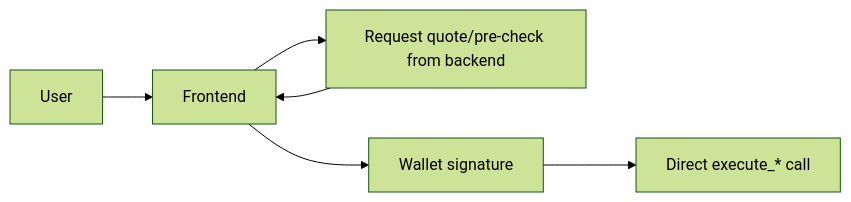
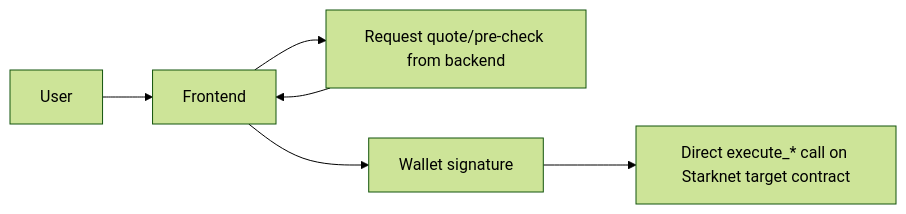
Before and after one commit to ntfound-dev/zkcarel_protocol: the second of 4 diagrams in frontend/README.md, drawn with Mermaid (forest theme). The commit also changed other lines of this file and 3 other files, not shown here.

Commit message:
docs: fix flow diagrams and WBTC staking naming

````diff
--- a/frontend/README.md
+++ b/frontend/README.md
@@ -66,8 +66,8 @@
 ```mermaid
 flowchart LR
   U[User] --> FE[Frontend]
   FE --> Q[Request quote/pre-check from backend]
   Q --> FE
   FE --> W[Wallet signature]
-  W --> CHAIN[Direct execute_* call]
+  W --> CHAIN[Direct execute_* call on Starknet target contract]
 ```
````
